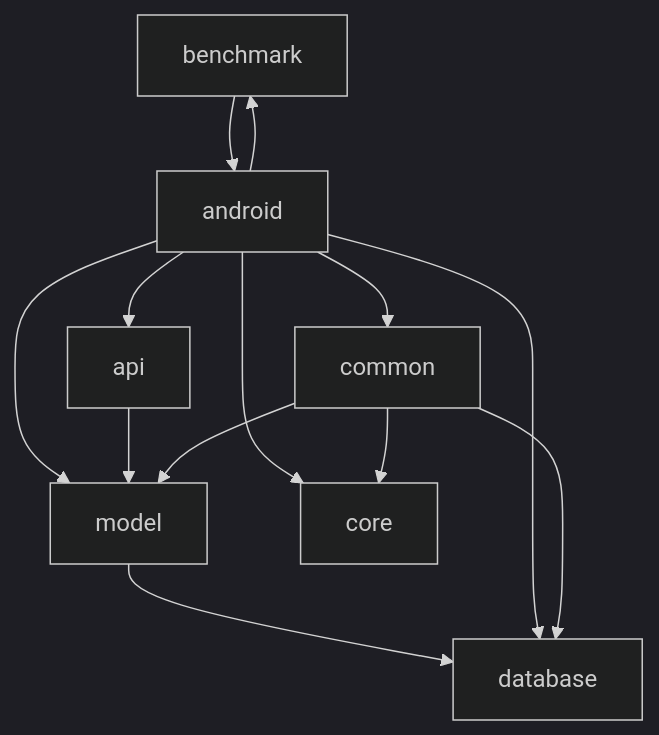
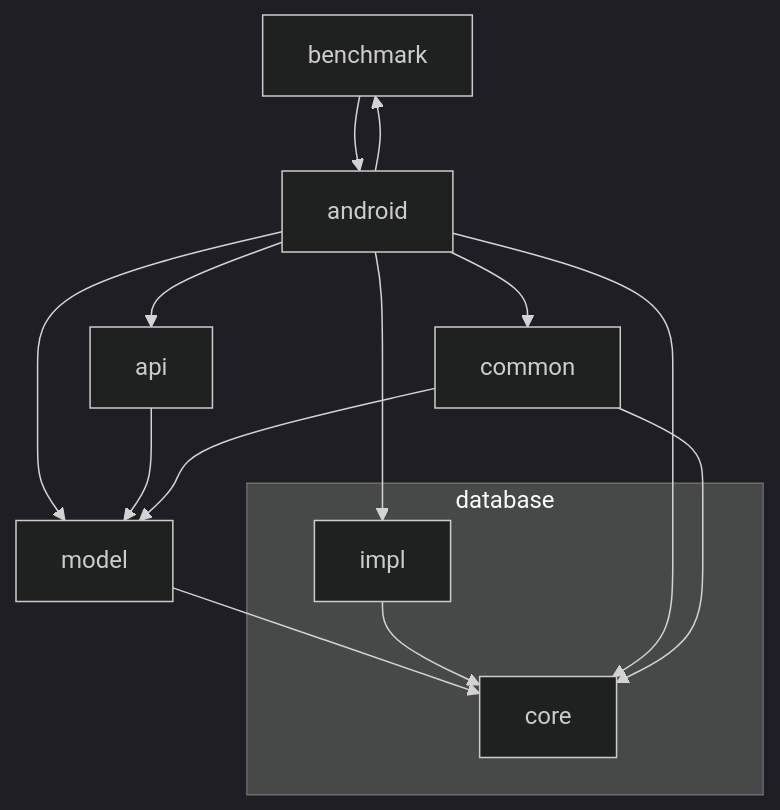
Before and after one commit to msfjarvis/compose-lobsters: the diagram in README.md, drawn with Mermaid. The commit also changed other lines of this file, not shown here.

Commit message:
chore: refresh module graph

````diff
--- a/README.md
+++ b/README.md
@@ -23,22 +23,26 @@
 ```mermaid
 %%{
   init: {
     'theme': 'dark'
   }
 }%%
 
 graph TB
 
-  model --> database
+  subgraph database
+    core
+    impl
+  end
+  model --> core
   benchmark --> android
+  impl --> core
   android --> api
   android --> common
   android --> core
-  android --> database
+  android --> impl
   android --> model
   android --> benchmark
   api --> model
   common --> core
-  common --> database
   common --> model
 ```
````
